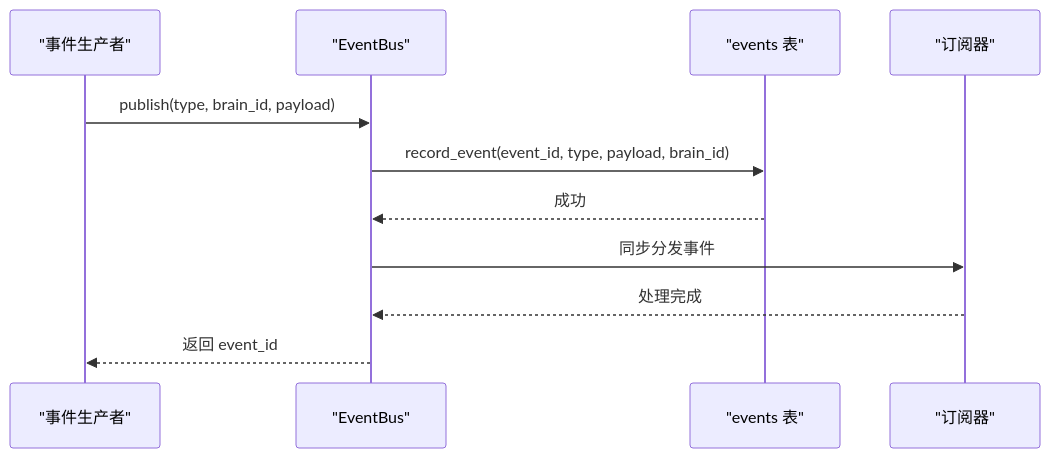
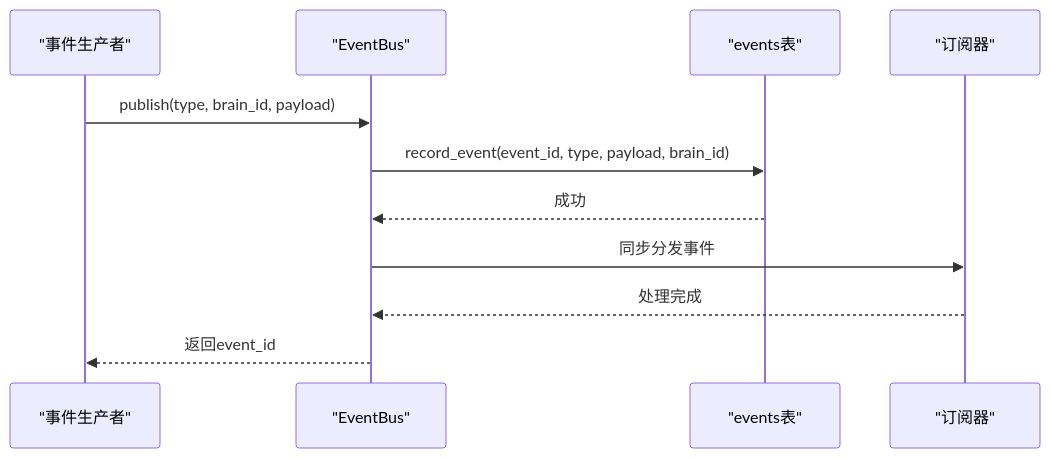
One commit to GDY-ai/AInstein changed the seventh of 11 diagrams in .qoder/repowiki/zh/content/系统架构/硅基大脑蓝图/硅基大脑蓝图.md. Above: the diagram before and after it, drawn with Mermaid. The commit also changed other lines of this file and 90 other files, not shown here.

````diff
--- a/.qoder/repowiki/zh/content/系统架构/硅基大脑蓝图/硅基大脑蓝图.md
+++ b/.qoder/repowiki/zh/content/系统架构/硅基大脑蓝图/硅基大脑蓝图.md
@@ -299,13 +554,13 @@
 ```mermaid
 sequenceDiagram
 participant Producer as "事件生产者"
 participant Bus as "EventBus"
-participant DB as "events 表"
+participant DB as "events表"
 participant Subscribers as "订阅器"
 Producer->>Bus : publish(type, brain_id, payload)
 Bus->>DB : record_event(event_id, type, payload, brain_id)
 DB-->>Bus : 成功
 Bus->>Subscribers : 同步分发事件
 Subscribers-->>Bus : 处理完成
-Bus-->>Producer : 返回 event_id
+Bus-->>Producer : 返回event_id
 ```
````
